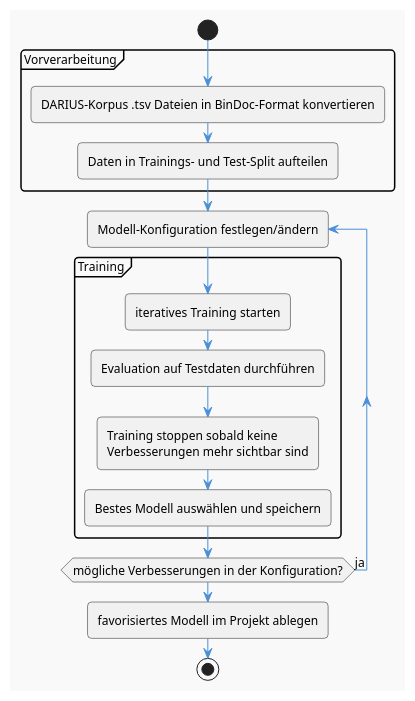
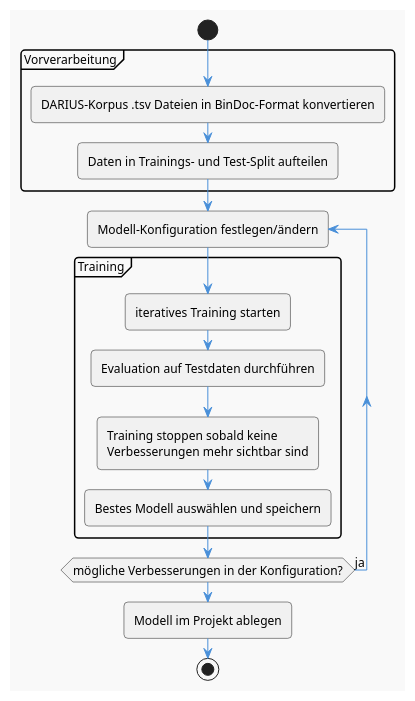
Before and after one commit to felixdrescher/german_am_modell: the diagram in documentation/model/act-training.plantuml, drawn with PlantUML. The commit also changed 7 other files, not shown here.

Commit message:
finishes all Use-Case and Activity Diagrams

```diff
--- a/documentation/model/act-training.plantuml
+++ b/documentation/model/act-training.plantuml
@@ -1,38 +1,38 @@
 @startuml Activity Diagram: Modell-Trainings-Workflow
 !theme mars
 
 skinparam defaultFontName Arial
 skinparam defaultFontSize 12
 skinparam roundcorner 8
 
 skinparam arrow {
     Color #4A90D9
 }
 
 start
 
 partition "Vorverarbeitung" {
 
     :DARIUS-Korpus .tsv Dateien in BinDoc-Format konvertieren;
     :Daten in Trainings- und Test-Split aufteilen;
 }
 
 repeat :Modell-Konfiguration festlegen/ändern;
 
     partition "Training" {
     
         :iteratives Training starten;
         :Evaluation auf Testdaten durchführen;
         :Training stoppen sobald keine 
         Verbesserungen mehr sichtbar sind;
         :Bestes Modell auswählen und speichern;
     
     }
 
 repeat while (mögliche Verbesserungen in der Konfiguration?) is (ja)
 
-:favorisiertes Modell im Projekt ablegen;
+:Modell im Projekt ablegen;
 
 stop
 
 @enduml
```
